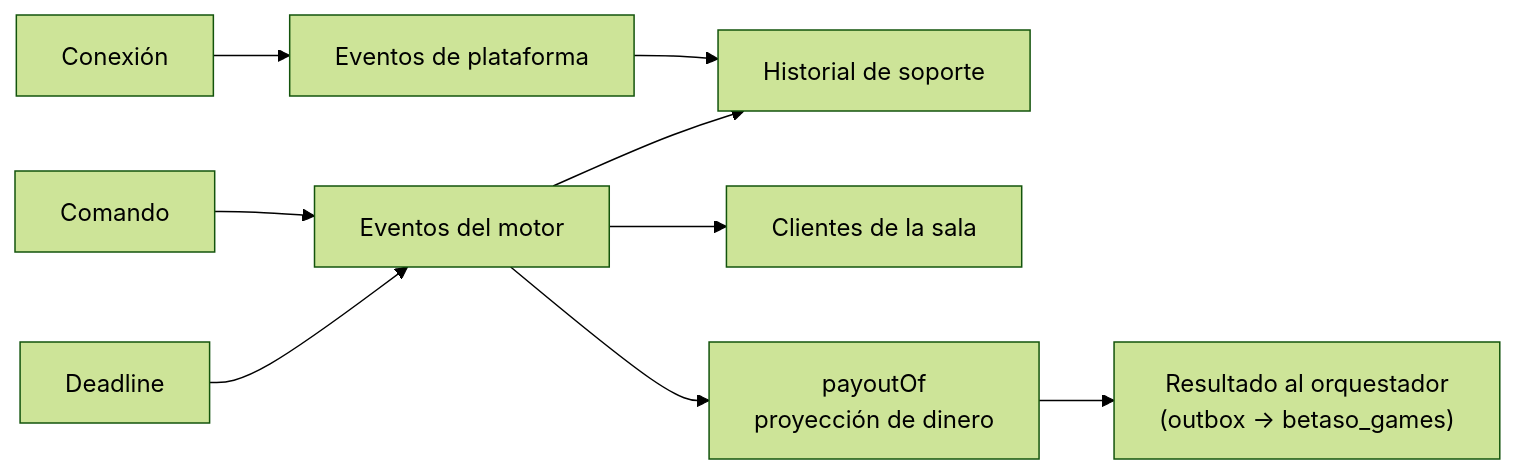
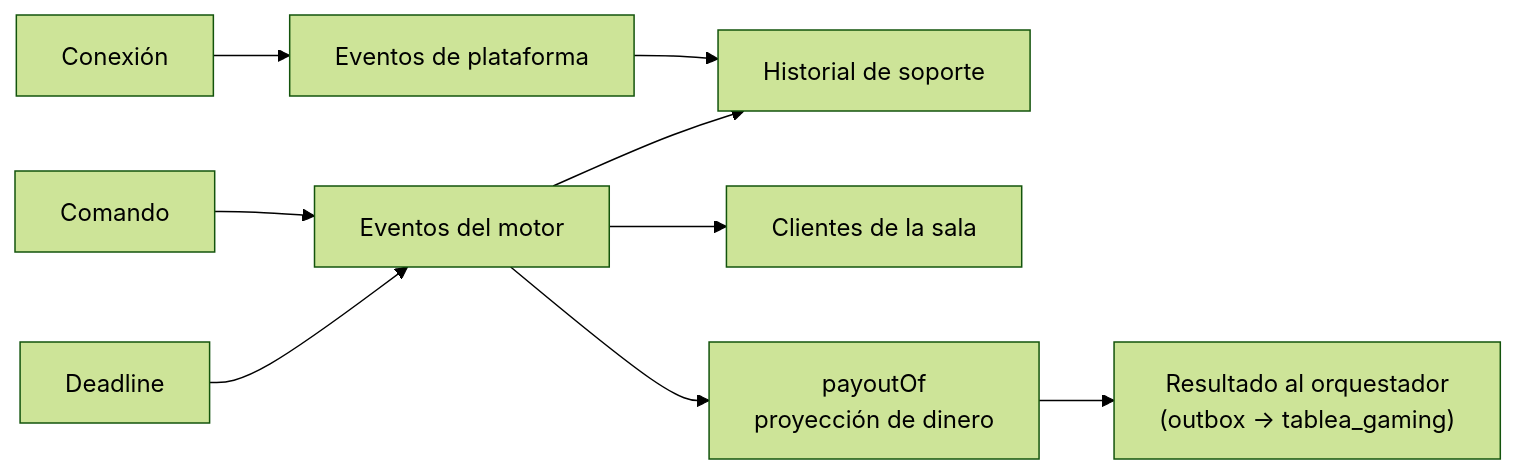
Before and after one commit to Betaso-Team/domino-backend-v2: the diagram in docs/api-y-mensajes.md, drawn with Mermaid (forest theme). The commit also changed other lines of this file and 44 other files, not shown here.

First line of the commit message:
chore: Betaso Games pasa a llamarse Tablea Gaming

````diff
--- a/docs/api-y-mensajes.md
+++ b/docs/api-y-mensajes.md
@@ -537,11 +537,11 @@
 ```mermaid
 flowchart LR
   Command["Comando"] --> Domain["Eventos del motor"]
   Timer["Deadline"] --> Domain
   Socket["Conexión"] --> Platform["Eventos de plataforma"]
   Domain --> History["Historial de soporte"]
   Platform --> History
   Domain --> Clients["Clientes de la sala"]
   Domain --> Payouts["payoutOf\nproyección de dinero"]
-  Payouts --> Result["Resultado al orquestador\n(outbox → betaso_games)"]
+  Payouts --> Result["Resultado al orquestador\n(outbox → tablea_gaming)"]
 ```
````
